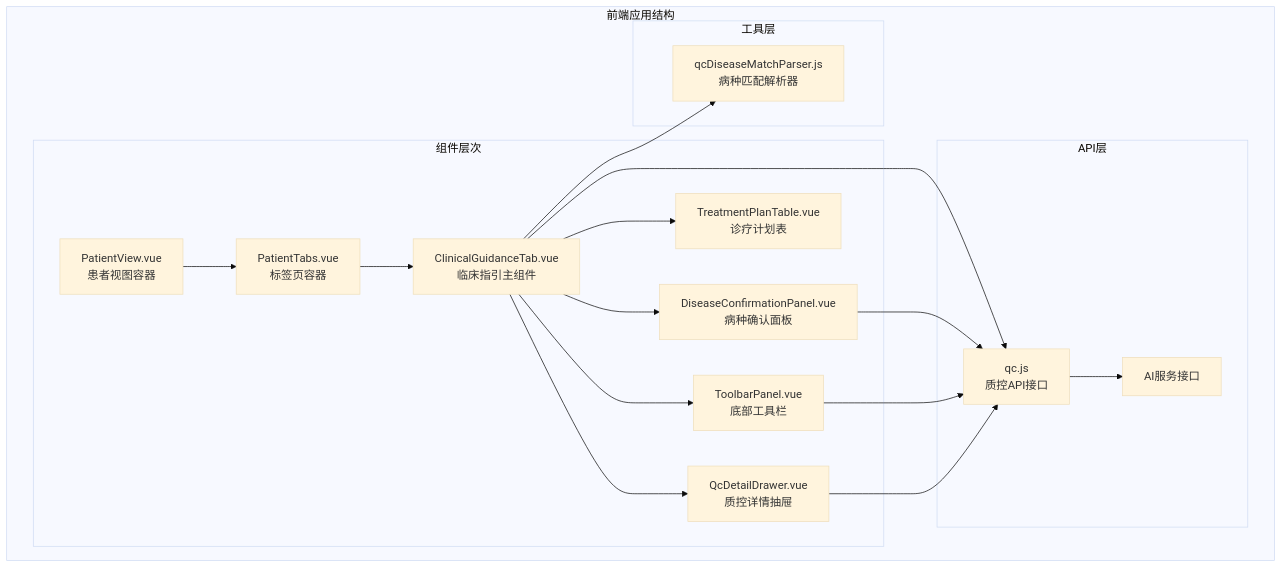
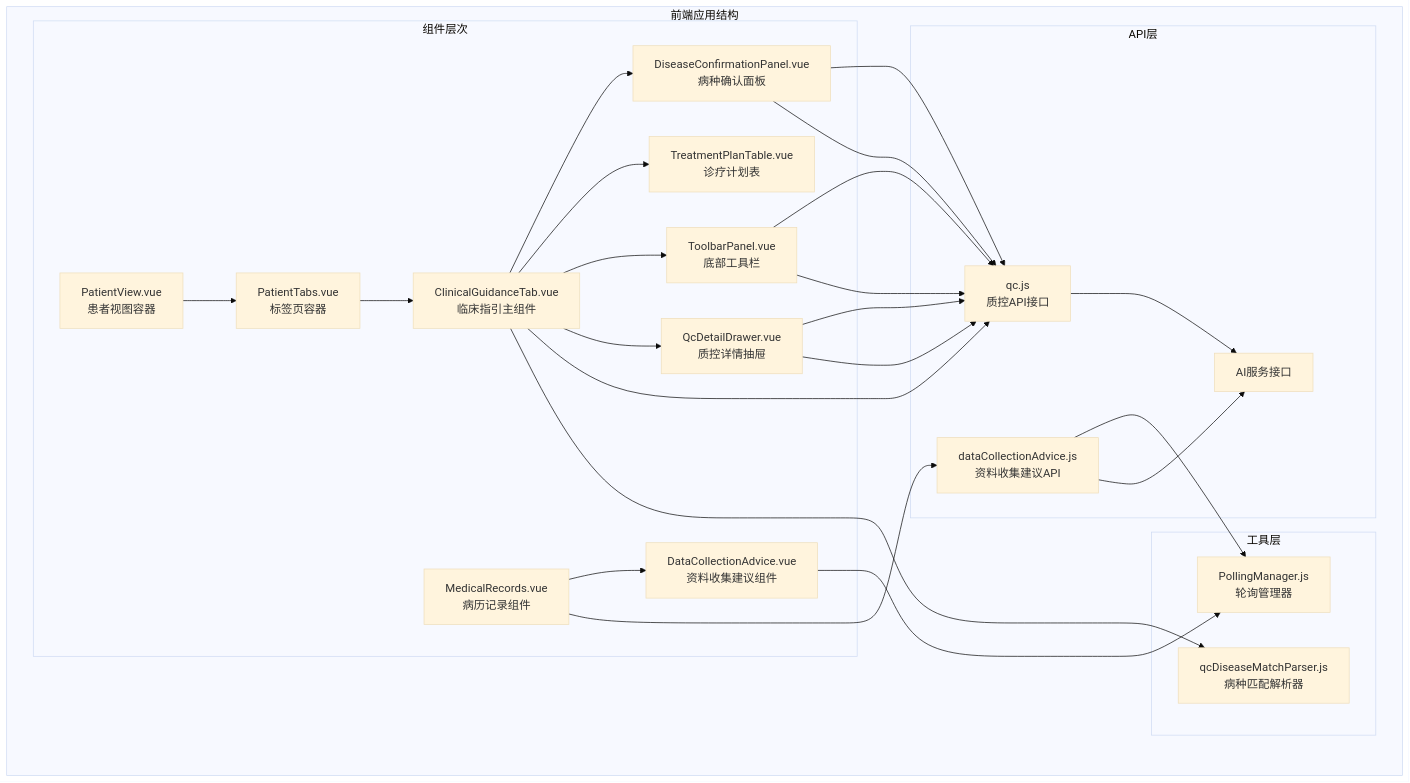
One commit to liuzh2008/med_ai_assistant_workspace changed the first of 20 diagrams in .qoder/repowiki/zh/content/临床指引Tab.md. Above: the diagram before and after it, drawn with Mermaid (base theme). The commit also changed other lines of this file and 6 other files, not shown here.

````diff
--- a/.qoder/repowiki/zh/content/临床指引Tab.md
+++ b/.qoder/repowiki/zh/content/临床指引Tab.md
@@ -47,33 +59,45 @@
 ```mermaid
 graph TB
 subgraph "前端应用结构"
 PV[PatientView.vue<br/>患者视图容器]
 PT[PatientTabs.vue<br/>标签页容器]
 CGT[ClinicalGuidanceTab.vue<br/>临床指引主组件]
 DCP[DiseaseConfirmationPanel.vue<br/>病种确认面板]
 TP[TreatmentPlanTable.vue<br/>诊疗计划表]
 TB[ToolbarPanel.vue<br/>底部工具栏]
 QCD[QcDetailDrawer.vue<br/>质控详情抽屉]
+MR[MedicalRecords.vue<br/>病历记录组件]
+DCA[DataCollectionAdvice.vue<br/>资料收集建议组件]
 subgraph "组件层次"
 PV --> PT
 PT --> CGT
 CGT --> DCP
 CGT --> TP
 CGT --> TB
 CGT --> QCD
+MR --> DCA
 end
 subgraph "API层"
 QC[qc.js<br/>质控API接口]
+DCAPI[dataCollectionAdvice.js<br/>资料收集建议API]
 AI[AI服务接口]
 end
 subgraph "工具层"
 PARSER[qcDiseaseMatchParser.js<br/>病种匹配解析器]
+PM[PollingManager.js<br/>轮询管理器]
 end
 CGT --> QC
 CGT --> PARSER
 DCP --> QC
 TB --> QC
 QCD --> QC
+MR --> DCAPI
+DCAPI --> PM
+DCA --> PM
+DCP --> QC
+TB --> QC
+QCD --> QC
 QC --> AI
+DCAPI --> AI
 end
 ```
````
